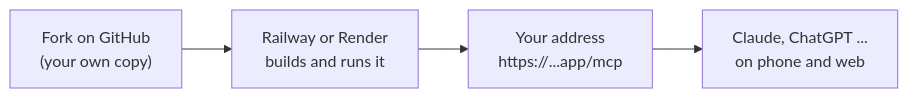
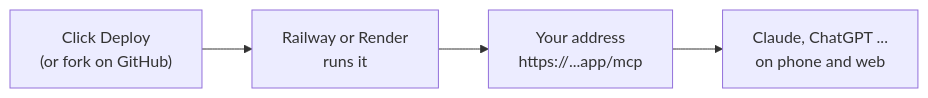
Before and after one commit to Self-hosted-MCP/Selfhost-Remote-Mail-MCP: the diagram in docs/setup-hosting.md, drawn with Mermaid. The commit also changed other lines of this file and 5 other files, not shown here.

Commit message:
One-click deploy buttons for Railway and Render; render.yaml runs the ready-made image

````diff
--- a/docs/setup-hosting.md
+++ b/docs/setup-hosting.md
@@ -11,6 +11,6 @@
 ```mermaid
 flowchart LR
-    A["Fork on GitHub<br/>(your own copy)"] --> B["Railway or Render<br/>builds and runs it"]
+    A["Click Deploy<br/>(or fork on GitHub)"] --> B["Railway or Render<br/>runs it"]
     B --> C["Your address<br/>https://...app/mcp"]
     C --> D["Claude, ChatGPT ...<br/>on phone and web"]
 ```
````
